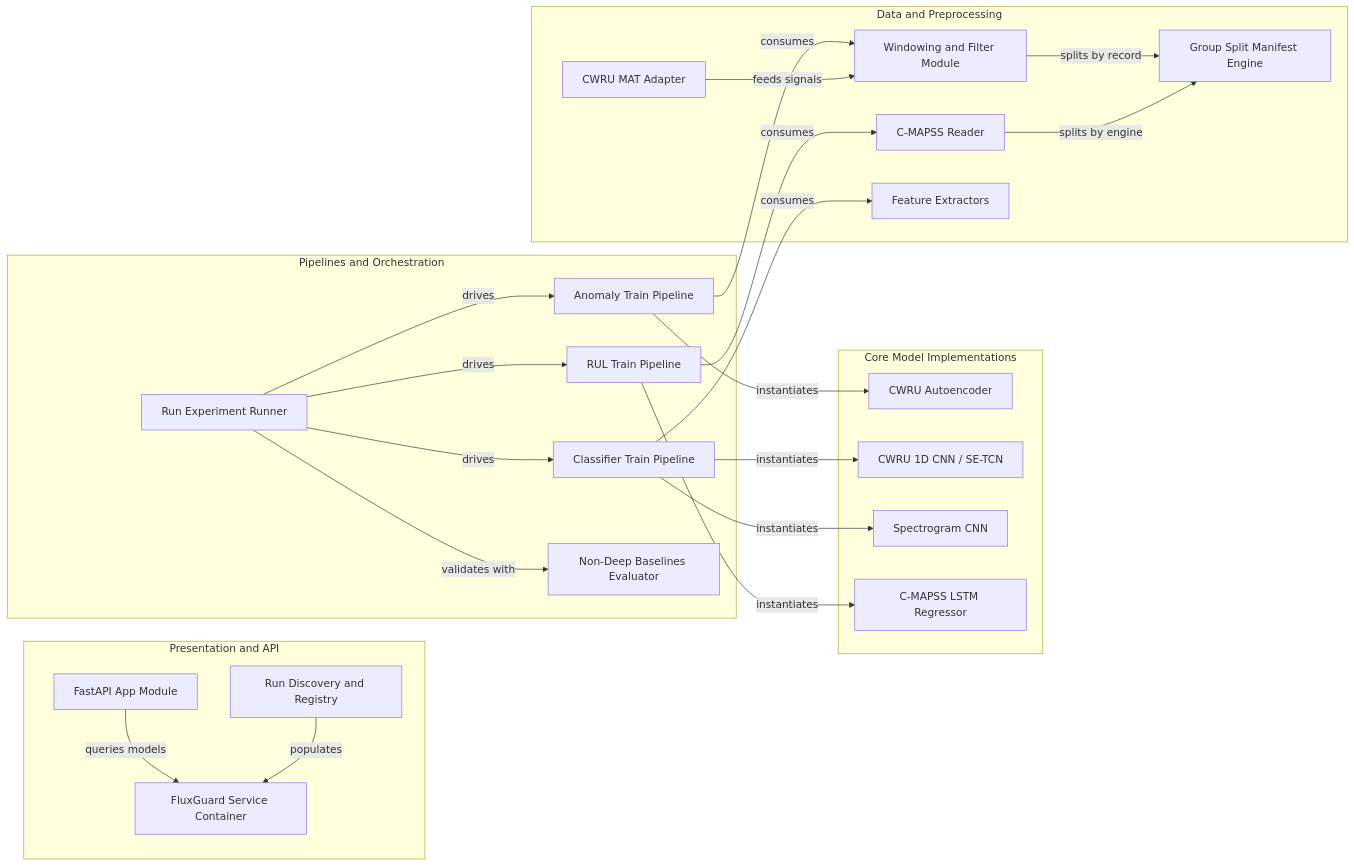
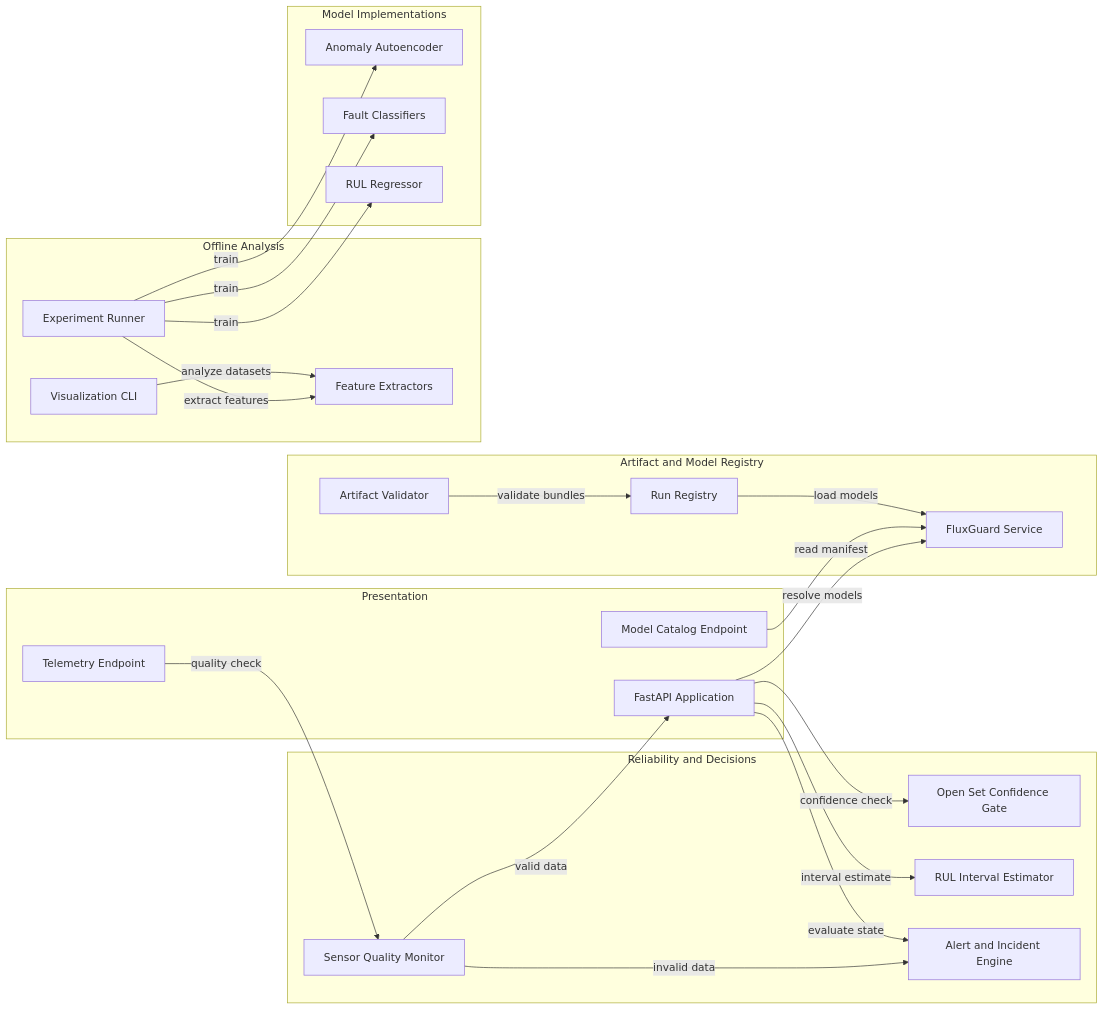
One commit to Script-Kitty01/OdetteAI changed the second of 2 diagrams in .github/modernize/assessment/engines/facts/architecture-diagram.md. Above: the diagram before and after it, drawn with Mermaid. The commit also changed other lines of this file and 25 other files, not shown here.

Commit message:
Align architecture and harden runtime reliability

````diff
--- a/.github/modernize/assessment/engines/facts/architecture-diagram.md
+++ b/.github/modernize/assessment/engines/facts/architecture-diagram.md
@@ -85,48 +106,45 @@
 ```mermaid
 flowchart LR
-    subgraph PresentationComponents["Presentation and API"]
-        cFastApi["FastAPI App Module"]
-        cRegistry["Run Discovery and Registry"]
-        cService["FluxGuard Service Container"]
+    subgraph PresentationComponents["Presentation"]
+        cApi["FastAPI Application"]
+        cTelemetry["Telemetry Endpoint"]
+        cCatalog["Model Catalog Endpoint"]
+    end
+    subgraph DecisionComponents["Reliability and Decisions"]
+        cQuality["Sensor Quality Monitor"]
+        cOpenSet["Open Set Confidence Gate"]
+        cUncertainty["RUL Interval Estimator"]
+        cAlerts["Alert and Incident Engine"]
+    end
+    subgraph RegistryComponents["Artifact and Model Registry"]
+        cValidator["Artifact Validator"]
+        cRegistry["Run Registry"]
+        cService["FluxGuard Service"]
+    end
+    subgraph OfflineComponents["Offline Analysis"]
+        cExperiment["Experiment Runner"]
+        cVisuals["Visualization CLI"]
+        cFeatures["Feature Extractors"]
+    end
+    subgraph ModelComponents["Model Implementations"]
+        cAnomaly["Anomaly Autoencoder"]
+        cClassifier["Fault Classifiers"]
+        cRul["RUL Regressor"]
     end
 
-    subgraph PipelineComponents["Pipelines and Orchestration"]
-        cExperiment["Run Experiment Runner"]
-        cAnomalyPipe["Anomaly Train Pipeline"]
-        cClassPipe["Classifier Train Pipeline"]
-        cRulPipe["RUL Train Pipeline"]
-        cBaseline["Non-Deep Baselines Evaluator"]
-    end
-
-    subgraph ModelComponents["Core Model Implementations"]
-        cAutoencoder["CWRU Autoencoder"]
-        cClassifier["CWRU 1D CNN / SE-TCN"]
-        cSpectrogram["Spectrogram CNN"]
-        cRul["C-MAPSS LSTM Regressor"]
-    end
-
-    subgraph PreprocComponents["Data and Preprocessing"]
-        cCwru["CWRU MAT Adapter"]
-        cCmapss["C-MAPSS Reader"]
-        cWindow["Windowing and Filter Module"]
-        cSplit["Group Split Manifest Engine"]
-        cFeatures["Feature Extractors"]
-    end
-
-    cFastApi -->|"queries models"| cService
-    cRegistry -->|"populates"| cService
-    cExperiment -->|"drives"| cAnomalyPipe
-    cExperiment -->|"drives"| cClassPipe
-    cExperiment -->|"drives"| cRulPipe
-    cExperiment -->|"validates with"| cBaseline
-    cAnomalyPipe -->|"instantiates"| cAutoencoder
-    cClassPipe -->|"instantiates"| cClassifier
-    cClassPipe -->|"instantiates"| cSpectrogram
-    cRulPipe -->|"instantiates"| cRul
-    cAnomalyPipe -->|"consumes"| cWindow
-    cClassPipe -->|"consumes"| cFeatures
-    cRulPipe -->|"consumes"| cCmapss
-    cCwru -->|"feeds signals"| cWindow
-    cWindow -->|"splits by record"| cSplit
-    cCmapss -->|"splits by engine"| cSplit
+    cTelemetry -->|"quality check"| cQuality
+    cQuality -->|"valid data"| cApi
+    cQuality -->|"invalid data"| cAlerts
+    cApi -->|"resolve models"| cService
+    cApi -->|"confidence check"| cOpenSet
+    cApi -->|"interval estimate"| cUncertainty
+    cApi -->|"evaluate state"| cAlerts
+    cCatalog -->|"read manifest"| cService
+    cValidator -->|"validate bundles"| cRegistry
+    cRegistry -->|"load models"| cService
+    cExperiment -->|"train"| cAnomaly
+    cExperiment -->|"train"| cClassifier
+    cExperiment -->|"train"| cRul
+    cExperiment -->|"extract features"| cFeatures
+    cVisuals -->|"analyze datasets"| cFeatures
 ```
````
